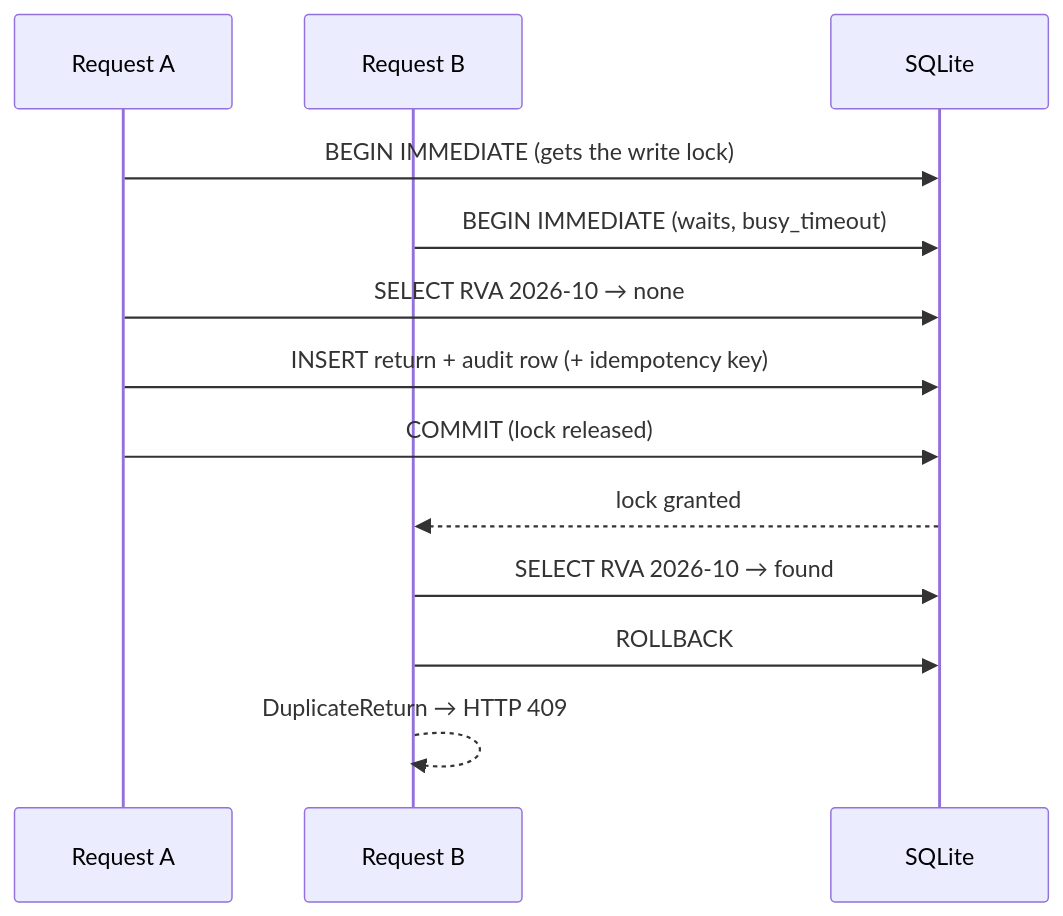
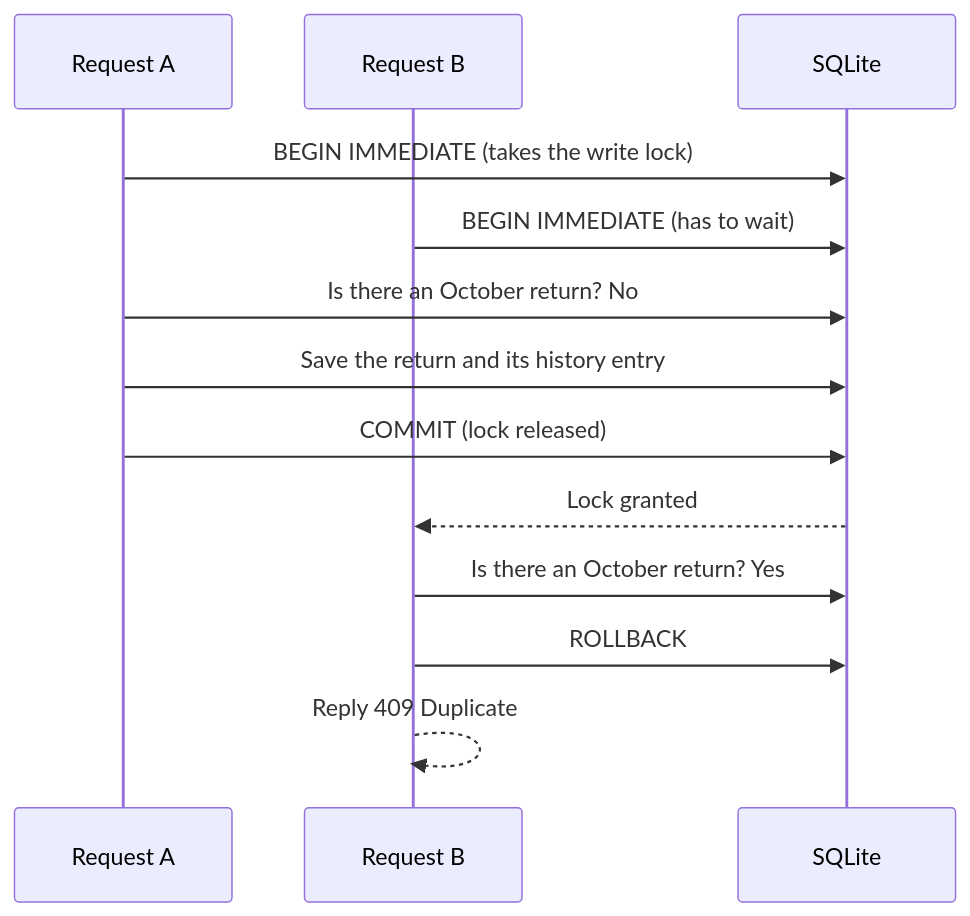
Before and after one commit to Jim247/dealership-project: the third of 6 diagrams in docs/backend-rundown.md, drawn with Mermaid. The commit also changed other lines of this file and 1 other file, not shown here.

````diff
--- a/docs/backend-rundown.md
+++ b/docs/backend-rundown.md
@@ -244,15 +375,15 @@
 ```mermaid
 sequenceDiagram
     participant A as Request A
     participant B as Request B
     participant DB as SQLite
-    A->>DB: BEGIN IMMEDIATE (gets the write lock)
-    B->>DB: BEGIN IMMEDIATE (waits, busy_timeout)
-    A->>DB: SELECT RVA 2026-10 → none
-    A->>DB: INSERT return + audit row (+ idempotency key)
+    A->>DB: BEGIN IMMEDIATE (takes the write lock)
+    B->>DB: BEGIN IMMEDIATE (has to wait)
+    A->>DB: Is there an October return? No
+    A->>DB: Save the return and its history entry
     A->>DB: COMMIT (lock released)
-    DB-->>B: lock granted
-    B->>DB: SELECT RVA 2026-10 → found
+    DB-->>B: Lock granted
+    B->>DB: Is there an October return? Yes
     B->>DB: ROLLBACK
-    B-->>B: DuplicateReturn → HTTP 409
+    B-->>B: Reply 409 Duplicate
 ```
````
